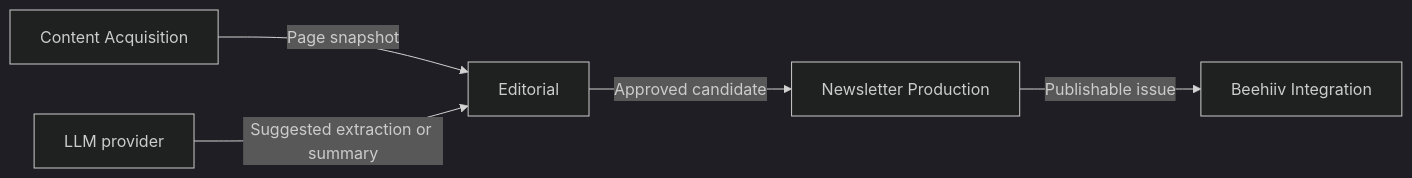
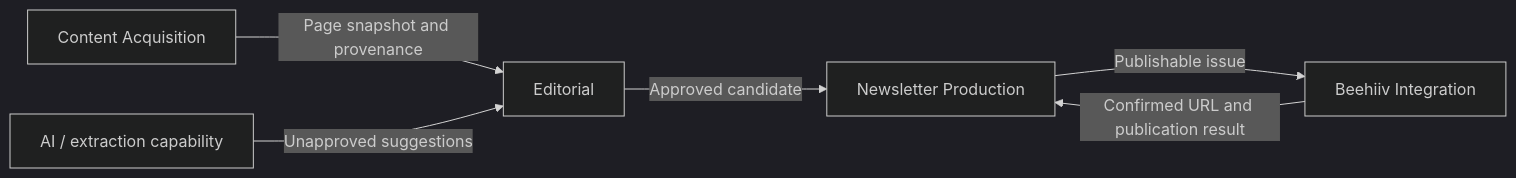
The second of 3 diagrams in docs/along-the-lake-ddd-project-brief.md (goncalomiranda/home-dashboard), drawn with Mermaid (dark theme) before and after one commit. The commit also changed other lines of this file and 1 other file, not shown here.

````diff
--- a/docs/along-the-lake-ddd-project-brief.md
+++ b/docs/along-the-lake-ddd-project-brief.md
@@ -286,7 +231,8 @@
 ```mermaid
 flowchart LR
-    A["Content Acquisition"] -->|"Page snapshot"| E["Editorial"]
+    A["Content Acquisition"] -->|"Page snapshot and provenance"| E["Editorial"]
+    AI["AI / extraction capability"] -->|"Unapproved suggestions"| E
     E -->|"Approved candidate"| N["Newsletter Production"]
     N -->|"Publishable issue"| B["Beehiiv Integration"]
-    AI["LLM provider"] -->|"Suggested extraction or summary"| E
+    B -->|"Confirmed URL and publication result"| N
 ```
````
